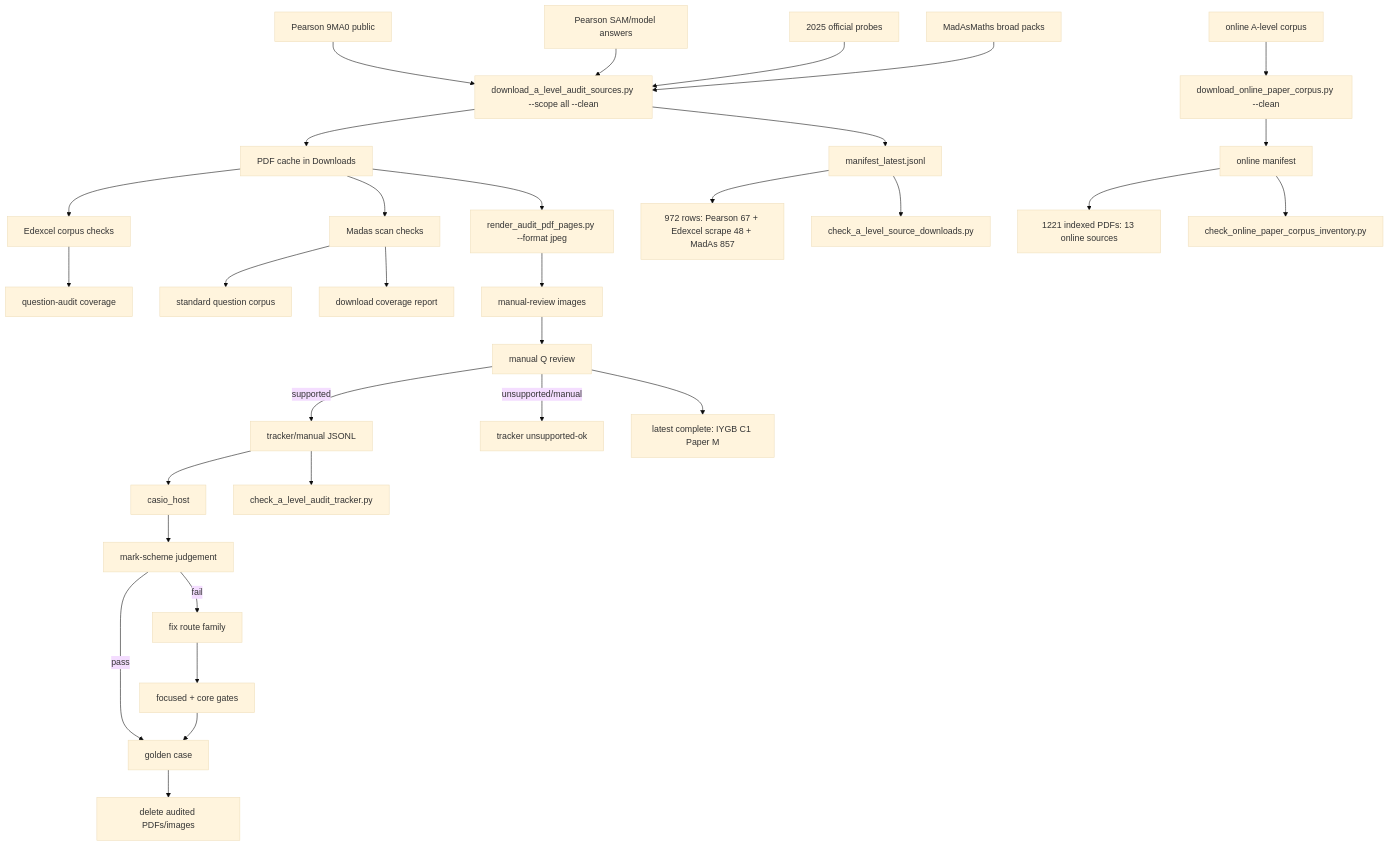
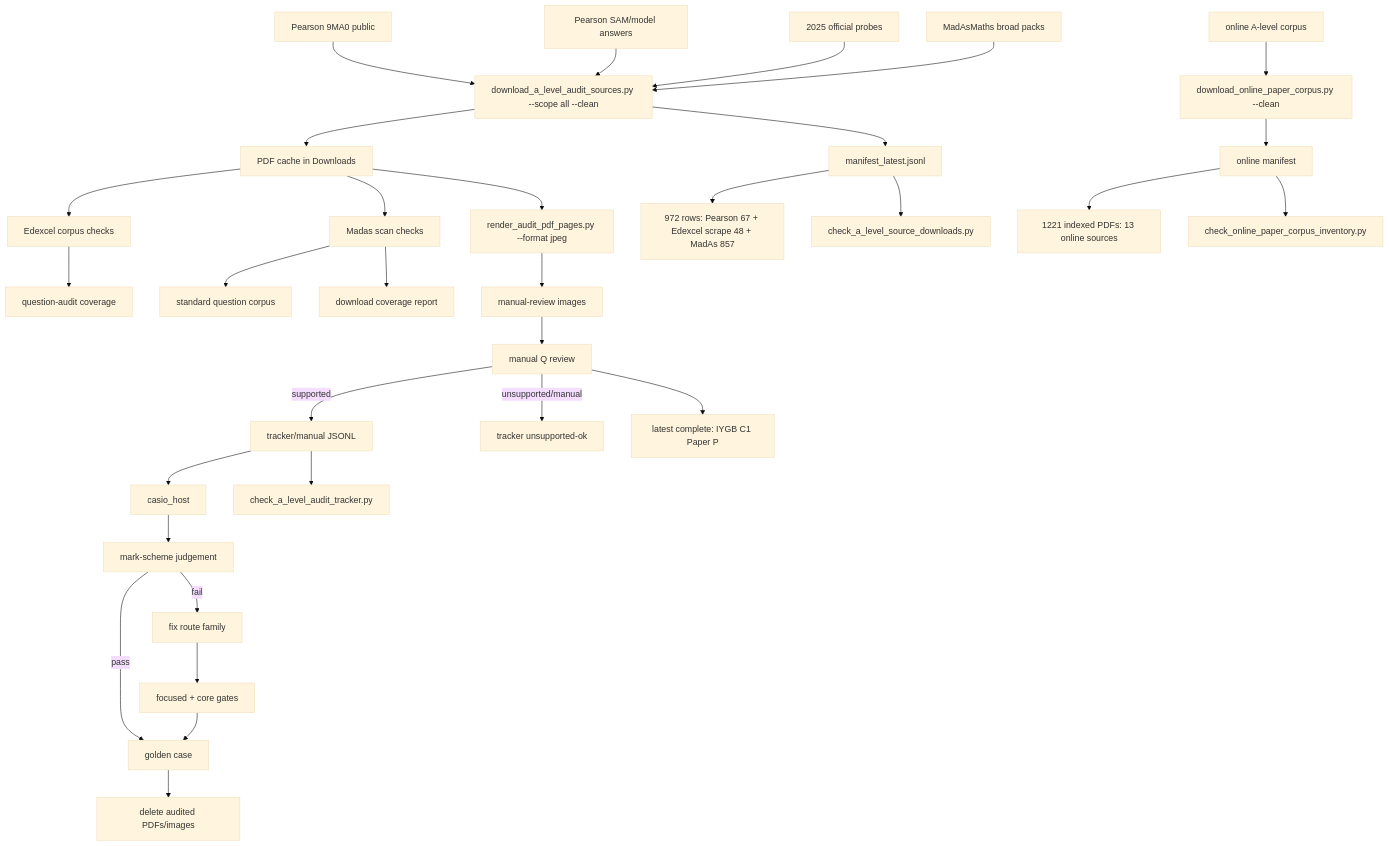
The diagram in c++/tools/golden/a_level_audit_graph.md (james8464/notes-addin-casio-fx-cg50), drawn with Mermaid (base theme) before and after one commit. The commit also changed other lines of this file and 2 other files, not shown here.

Commit message:
Audit IYGB C1 Paper P

````diff
--- a/c++/tools/golden/a_level_audit_graph.md
+++ b/c++/tools/golden/a_level_audit_graph.md
@@ -3,34 +3,34 @@
 ```mermaid
 graph TD
   E1["Pearson 9MA0 public"] --> D["download_a_level_audit_sources.py --scope all --clean"]
   E2["Pearson SAM/model answers"] --> D
   E3["2025 official probes"] --> D
   M1["MadAsMaths broad packs"] --> D
   O1["online A-level corpus"] --> OD["download_online_paper_corpus.py --clean"]
   D --> P["PDF cache in Downloads"]
   D --> X["manifest_latest.jsonl"]
   OD --> OX["online manifest"]
   X --> XC["972 rows: Pearson 67 + Edexcel scrape 48 + MadAs 857"]
   OX --> OC["1221 indexed PDFs: 13 online sources"]
   X --> V["check_a_level_source_downloads.py"]
   OX --> OV["check_online_paper_corpus_inventory.py"]
   P --> E["Edexcel corpus checks"]
   E --> EQ["question-audit coverage"]
   P --> S["Madas scan checks"]
   S --> M["standard question corpus"]
   S --> MC["download coverage report"]
   P --> R["render_audit_pdf_pages.py --format jpeg"]
   R --> I["manual-review images"]
   I --> Q["manual Q review"]
   Q -->|supported| J["tracker/manual JSONL"]
   Q -->|unsupported/manual| U["tracker unsupported-ok"]
   J --> H["casio_host"]
   J --> K["check_a_level_audit_tracker.py"]
   H --> C["mark-scheme judgement"]
   C -->|pass| G["golden case"]
   C -->|fail| F["fix route family"]
   F --> T["focused + core gates"]
   T --> G
   G --> Z["delete audited PDFs/images"]
-  Q --> Qt["latest complete: IYGB C1 Paper M"]
+  Q --> Qt["latest complete: IYGB C1 Paper P"]
 ```
````
